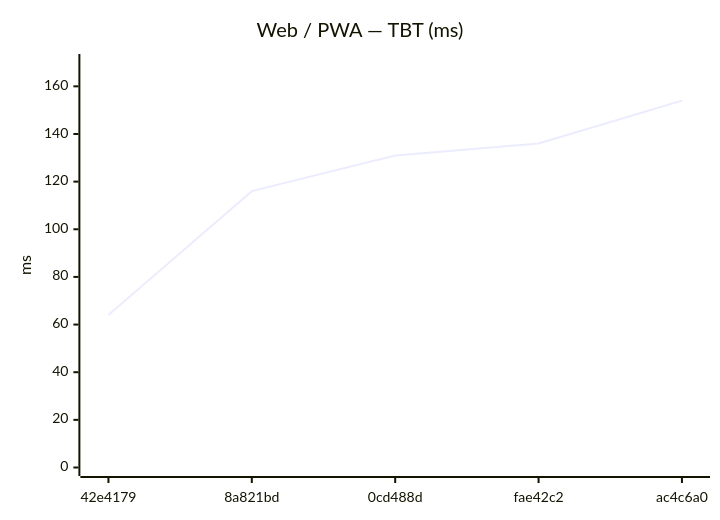
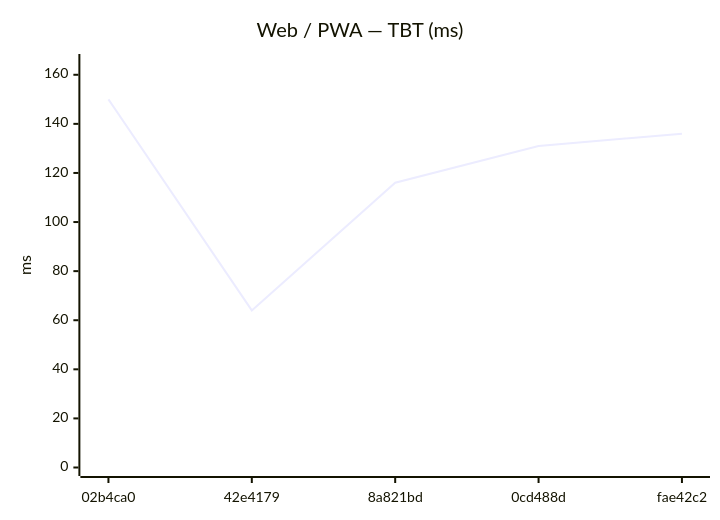
One commit to Metaheurist/Rianell changed the eighth of 18 diagrams in benchmarks/compare.md. Above: the diagram before and after it, drawn with Mermaid. The commit also changed other lines of this file and 11 other files, not shown here.

````diff
--- a/benchmarks/compare.md
+++ b/benchmarks/compare.md
@@ -124,7 +124,7 @@
 ```mermaid
 xychart-beta
     title "Web / PWA — TBT (ms)"
-    x-axis ["42e4179", "8a821bd", "0cd488d", "fae42c2", "ac4c6a0"]
-    y-axis "ms" 0 --> 170
-    line [64, 116, 131, 136, 154]
+    x-axis ["02b4ca0", "42e4179", "8a821bd", "0cd488d", "fae42c2"]
+    y-axis "ms" 0 --> 165
+    line [150, 64, 116, 131, 136]
 ```
````
